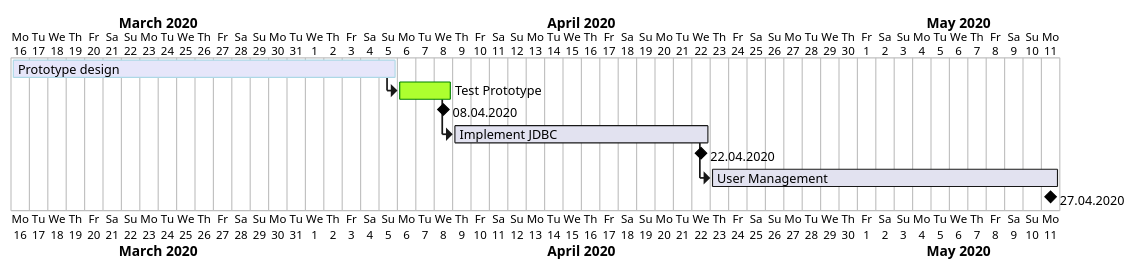
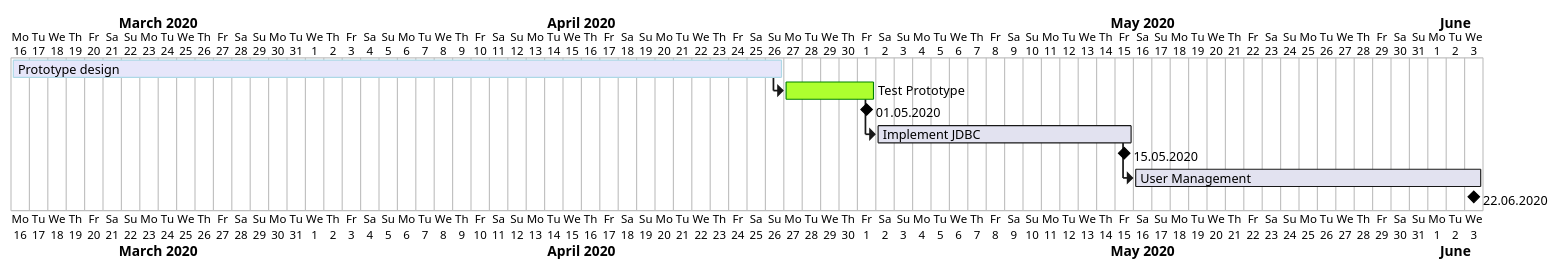
Before and after one commit to 1920-3ahif-syp/03-main-projects-with-admin-workmanager2: the diagram in asciidocs/gantt.adoc, drawn with PlantUML. The commit also changed other lines of this file and 41 other files, not shown here.

```diff
--- a/asciidocs/gantt.adoc
+++ b/asciidocs/gantt.adoc
@@ -22,21 +22,21 @@
 [plantuml,gantt,png]
 ....
 @startgantt
 Project starts the 16th of march 2020
-[Prototype design] as [Design] lasts 3 weeks
+[Prototype design] as [Design] lasts 6 weeks
 [Design] is colored in Lavender/LightBlue
 
-[Test Prototype] as [Test] lasts 3 days
+[Test Prototype] as [Test] lasts 5 days
 [Test] is colored in GreenYellow/Green
 [Design] -> [Test]
-[08.04.2020] happens at [Test]'s end 
+[01.05.2020] happens at [Test]'s end
 
 [Implement JDBC] as [DB] lasts 2 weeks
 [Test] -> [DB]
-[22.04.2020] happens at [DB]'s end
+[15.05.2020] happens at [DB]'s end
 
 [User Management] as [User] lasts 19 days
 [DB] -> [User]
-[27.04.2020] happens at [User]'s end
+[22.06.2020] happens at [User]'s end
 @endgantt
 ....
```
